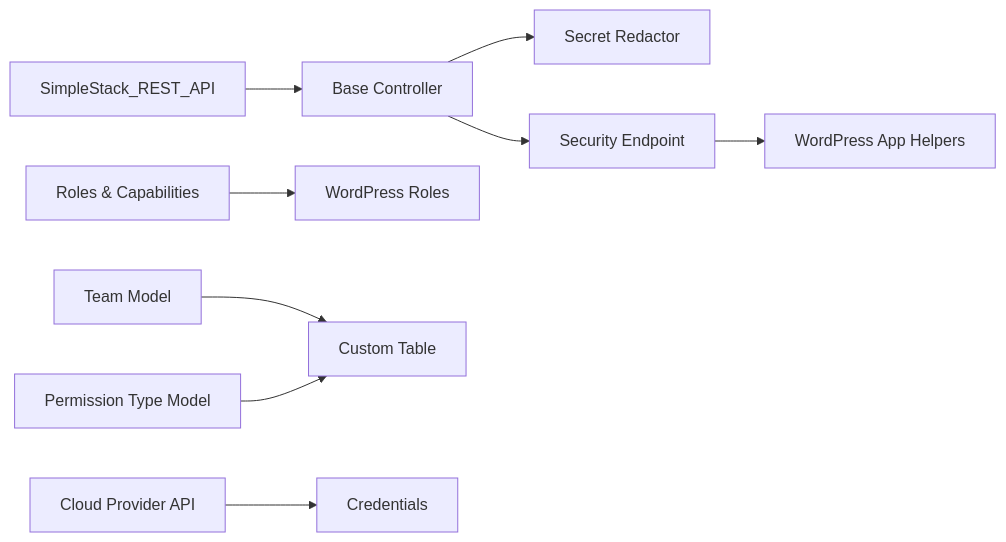
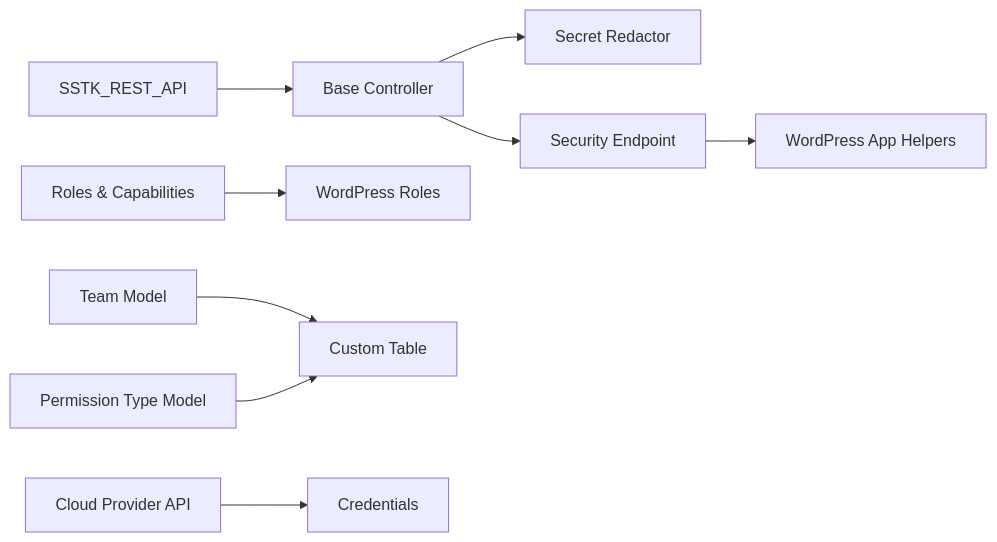
One commit to onedogsolutions/simple-stack changed the ninth of 9 diagrams in .qoder/repowiki/en/content/Security & Authentication/Security & Authentication.md. Above: the diagram before and after it, drawn with Mermaid. The commit also changed other lines of this file and 5941 other files, not shown here.

First line of the commit message:
refactor(core): rebrand WPCloudDeploy to Simple Stack with new namespaces and prefixes

````diff
--- a/.qoder/repowiki/en/content/Security & Authentication/Security & Authentication.md
+++ b/.qoder/repowiki/en/content/Security & Authentication/Security & Authentication.md
@@ -336,11 +364,11 @@
 ```mermaid
 graph LR
-API["SimpleStack_REST_API"] --> Base["Base Controller"]
+API["SSTK_REST_API"] --> Base["Base Controller"]
 Base --> Redactor["Secret Redactor"]
 Base --> Security["Security Endpoint"]
 Security --> App["WordPress App Helpers"]
 Roles["Roles & Capabilities"] --> WP["WordPress Roles"]
 Teams["Team Model"] --> DB["Custom Table"]
 PermTypes["Permission Type Model"] --> DB
 Providers["Cloud Provider API"] --> Secrets["Credentials"]
 ```
````
